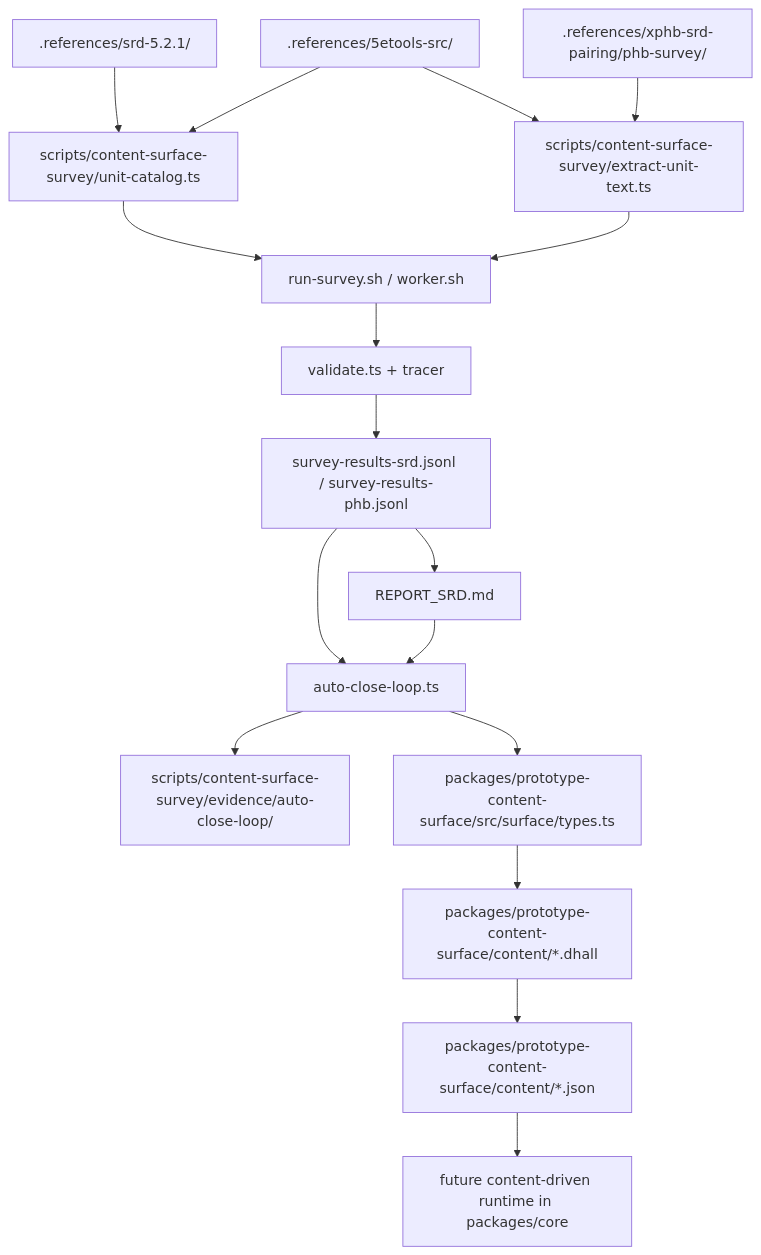
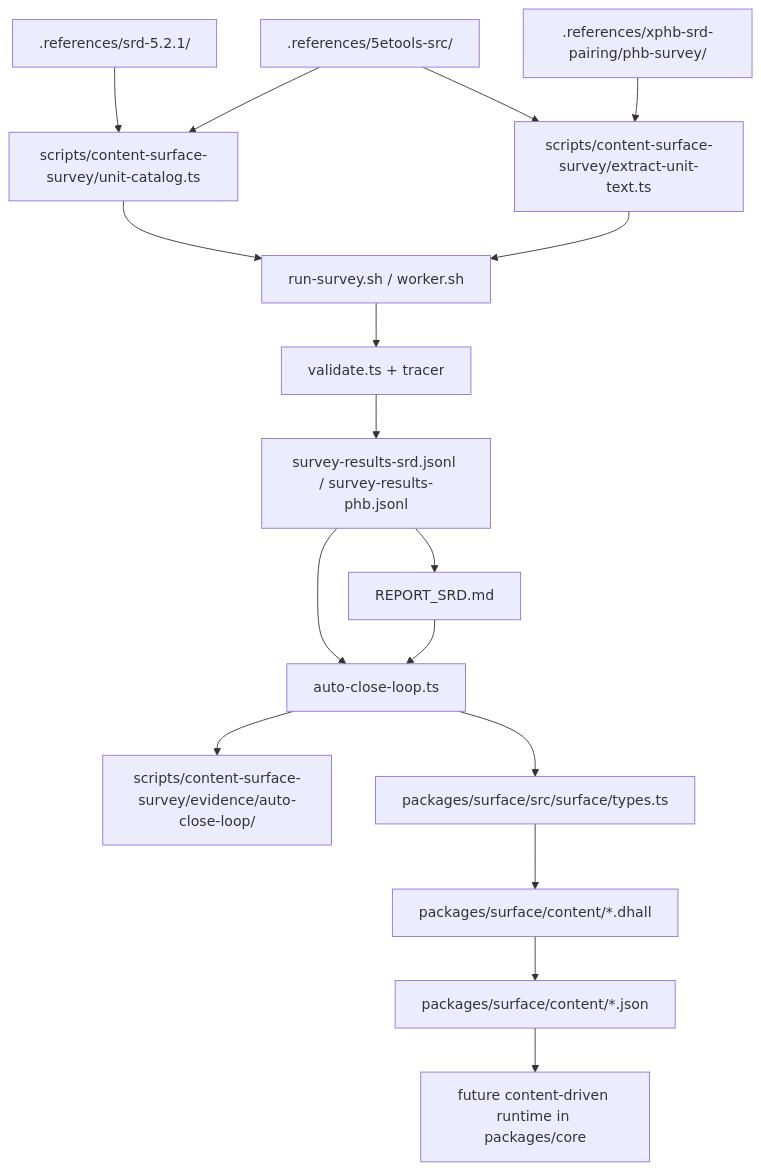
The diagram in plans/CONTENT_SURFACE_DATA_FLOW_TEMP.md (dearlordylord/5e-quint), drawn with Mermaid before and after one commit. The commit also changed other lines of this file and 805 other files, not shown here.

Commit message:
Rename prototype surface package

````diff
--- a/plans/CONTENT_SURFACE_DATA_FLOW_TEMP.md
+++ b/plans/CONTENT_SURFACE_DATA_FLOW_TEMP.md
@@ -37,38 +37,38 @@
 ```mermaid
 flowchart TD
   SRD[.references/srd-5.2.1/]
   TOOLS[.references/5etools-src/]
   XPHB[.references/xphb-srd-pairing/phb-survey/]
 
   CATALOG[scripts/content-surface-survey/unit-catalog.ts]
   EXTRACT[scripts/content-surface-survey/extract-unit-text.ts]
   SURVEY[run-survey.sh / worker.sh]
   VALIDATE[validate.ts + tracer]
   DATASET[survey-results-srd.jsonl / survey-results-phb.jsonl]
   REPORT[REPORT_SRD.md]
   LOOP[auto-close-loop.ts]
   EVIDENCE[scripts/content-surface-survey/evidence/auto-close-loop/]
-  SURFACE[packages/prototype-content-surface/src/surface/types.ts]
-  DHALL[packages/prototype-content-surface/content/*.dhall]
-  JSON[packages/prototype-content-surface/content/*.json]
+  SURFACE[packages/surface/src/surface/types.ts]
+  DHALL[packages/surface/content/*.dhall]
+  JSON[packages/surface/content/*.json]
   CORE[future content-driven runtime in packages/core]
 
   SRD --> CATALOG
   TOOLS --> CATALOG
   TOOLS --> EXTRACT
   XPHB --> EXTRACT
 
   CATALOG --> SURVEY
   EXTRACT --> SURVEY
   SURVEY --> VALIDATE
   VALIDATE --> DATASET
   DATASET --> REPORT
   DATASET --> LOOP
   REPORT --> LOOP
 
   LOOP --> SURFACE
   LOOP --> EVIDENCE
   SURFACE --> DHALL
   DHALL --> JSON
   JSON --> CORE
 ```
````
